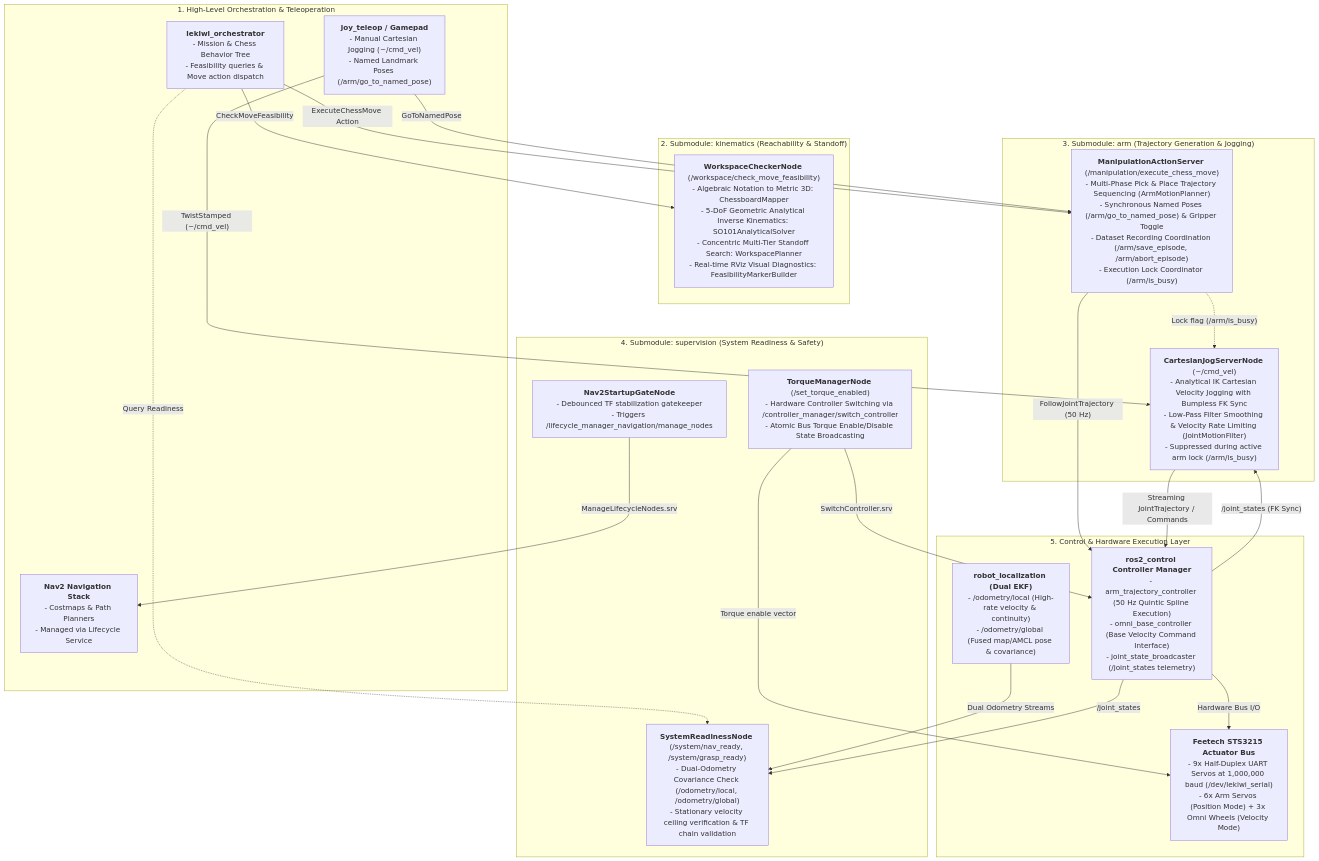
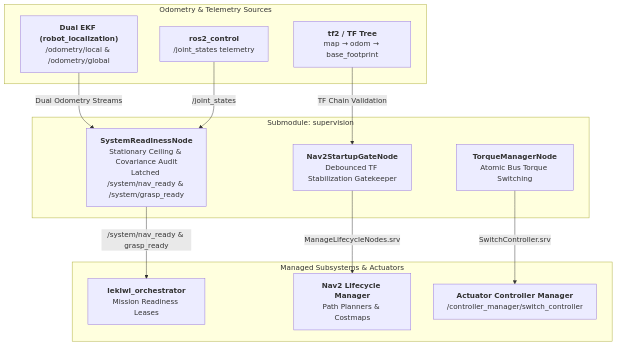
Before and after one commit to DuyKhongCay/lekiwi_ros2: the third of 3 diagrams in lekiwi_motion/README.md, drawn with Mermaid. The commit also changed other lines of this file and 2 other files, not shown here.

Commit message:
docs: update package READMEs and architecture diagrams for motion, orchestrator, and recorder
- Split monolithic lekiwi_motion architecture diagram into 3 sub-module flowcharts
- Reorganize lekiwi_orchestrator HFSM diagrams into vertical top-down layouts
- Align orchestrator documentation with 4-layer modular architecture and direct geodesic tour
- Add comprehensive Diátaxis documentation for chess_episode_recorder

````diff
--- a/lekiwi_motion/README.md
+++ b/lekiwi_motion/README.md
@@ -74,52 +132,28 @@
 ```mermaid
 flowchart TD
-    subgraph HighLevel ["1. High-Level Orchestration & Teleoperation"]
-        ORCH["<b>lekiwi_orchestrator</b><br/>- Mission & Chess Behavior Tree<br/>- Feasibility queries & Move action dispatch"]
-        TELEOP["<b>joy_teleop / Gamepad</b><br/>- Manual Cartesian Jogging (~/cmd_vel)<br/>- Named Landmark Poses (/arm/go_to_named_pose)"]
-        NAV2["<b>Nav2 Navigation Stack</b><br/>- Costmaps & Path Planners<br/>- Managed via Lifecycle Service"]
+    subgraph SensorsLocalization ["Odometry & Telemetry Sources"]
+        EKF["<b>Dual EKF (robot_localization)</b><br/>/odometry/local & /odometry/global"]
+        CTRL["<b>ros2_control</b><br/>/joint_states telemetry"]
+        TF["<b>tf2 / TF Tree</b><br/>map &rarr; odom &rarr; base_footprint"]
     end
 
-    subgraph KinematicsSub ["2. Submodule: kinematics (Reachability & Standoff)"]
-        CHECKER["<b>WorkspaceCheckerNode</b> (/workspace/check_move_feasibility)<br/>- Algebraic Notation to Metric 3D: ChessboardMapper<br/>- 5-DoF Geometric Analytical Inverse Kinematics: SO101AnalyticalSolver<br/>- Concentric Multi-Tier Standoff Search: WorkspacePlanner<br/>- Real-time RViz Visual Diagnostics: FeasibilityMarkerBuilder"]
+    subgraph SupervisionModule ["Submodule: supervision"]
+        READINESS["<b>SystemReadinessNode</b><br/>Stationary Ceiling & Covariance Audit<br/>Latched /system/nav_ready & /system/grasp_ready"]
+        NAV_GATE["<b>Nav2StartupGateNode</b><br/>Debounced TF Stabilization Gatekeeper"]
+        TORQUE["<b>TorqueManagerNode</b><br/>Atomic Bus Torque Switching"]
     end
 
-    subgraph ArmSub ["3. Submodule: arm (Trajectory Generation & Jogging)"]
-        MANIP["<b>ManipulationActionServer</b> (/manipulation/execute_chess_move)<br/>- Multi-Phase Pick & Place Trajectory Sequencing (ArmMotionPlanner)<br/>- Synchronous Named Poses (/arm/go_to_named_pose) & Gripper Toggle<br/>- Dataset Recording Coordination (/arm/save_episode, /arm/abort_episode)<br/>- Execution Lock Coordinator (/arm/is_busy)"]
-        JOG["<b>CartesianJogServerNode</b> (~/cmd_vel)<br/>- Analytical IK Cartesian Velocity Jogging with Bumpless FK Sync<br/>- Low-Pass Filter Smoothing & Velocity Rate Limiting (JointMotionFilter)<br/>- Suppressed during active arm lock (/arm/is_busy)"]
+    subgraph Consumers ["Managed Subsystems & Actuators"]
+        ORCH["<b>lekiwi_orchestrator</b><br/>Mission Readiness Leases"]
+        NAV2["<b>Nav2 Lifecycle Manager</b><br/>Path Planners & Costmaps"]
+        HW["<b>Actuator Controller Manager</b><br/>/controller_manager/switch_controller"]
     end
 
-    subgraph SupervSub ["4. Submodule: supervision (System Readiness & Safety)"]
-        READINESS["<b>SystemReadinessNode</b> (/system/nav_ready, /system/grasp_ready)<br/>- Dual-Odometry Covariance Check (/odometry/local, /odometry/global)<br/>- Stationary velocity ceiling verification & TF chain validation"]
-        NAV_GATE["<b>Nav2StartupGateNode</b><br/>- Debounced TF stabilization gatekeeper<br/>- Triggers /lifecycle_manager_navigation/manage_nodes"]
-        TORQUE["<b>TorqueManagerNode</b> (/set_torque_enabled)<br/>- Hardware Controller Switching via /controller_manager/switch_controller<br/>- Atomic Bus Torque Enable/Disable State Broadcasting"]
-    end
+    EKF -->|"Dual Odometry Streams"| READINESS
+    CTRL -->|"/joint_states"| READINESS
+    TF -->|"TF Chain Validation"| NAV_GATE
 
-    subgraph ControlHW ["5. Control & Hardware Execution Layer"]
-        ROS2_CTRL["<b>ros2_control Controller Manager</b><br/>- arm_trajectory_controller (50 Hz Quintic Spline Execution)<br/>- omni_base_controller (Base Velocity Command Interface)<br/>- joint_state_broadcaster (/joint_states telemetry)"]
-        EKF["<b>robot_localization (Dual EKF)</b><br/>- /odometry/local (High-rate velocity & continuity)<br/>- /odometry/global (Fused map/AMCL pose & covariance)"]
-        ACTUATORS["<b>Feetech STS3215 Actuator Bus</b><br/>- 9x Half-Duplex UART Servos at 1,000,000 baud (/dev/lekiwi_serial)<br/>- 6x Arm Servos (Position Mode) + 3x Omni Wheels (Velocity Mode)"]
-    end
-
-    %% Flow 1 -> 2 & 3 & 4
-    ORCH -->|"CheckMoveFeasibility"| CHECKER
-    ORCH -->|"ExecuteChessMove Action"| MANIP
-    ORCH -.->|"Query Readiness"| READINESS
-    TELEOP -->|"GoToNamedPose"| MANIP
-    TELEOP -->|"TwistStamped (~/cmd_vel)"| JOG
-
-    %% Inter-submodule coordination
-    MANIP -.->|"Lock flag (/arm/is_busy)"| JOG
-
-    %% Flow 3 & 4 -> 5
-    MANIP -->|"FollowJointTrajectory (50 Hz)"| ROS2_CTRL
-    JOG -->|"Streaming JointTrajectory / Commands"| ROS2_CTRL
-    TORQUE -->|"SwitchController.srv"| ROS2_CTRL
-    TORQUE -->|"Torque enable vector"| ACTUATORS
-    ROS2_CTRL -->|"Hardware Bus I/O"| ACTUATORS
-
-    %% Feedback & Lifecycle
-    EKF -->|"Dual Odometry Streams"| READINESS
-    ROS2_CTRL -->|"/joint_states"| READINESS
-    ROS2_CTRL -->|"/joint_states (FK Sync)"| JOG
+    READINESS -->|"/system/nav_ready & grasp_ready"| ORCH
     NAV_GATE -->|"ManageLifecycleNodes.srv"| NAV2
+    TORQUE -->|"SwitchController.srv"| HW
 ```
````
